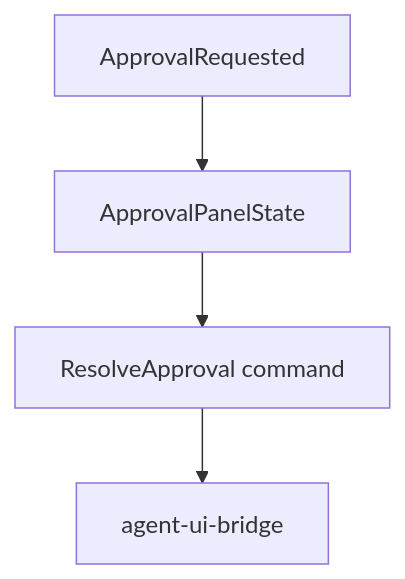
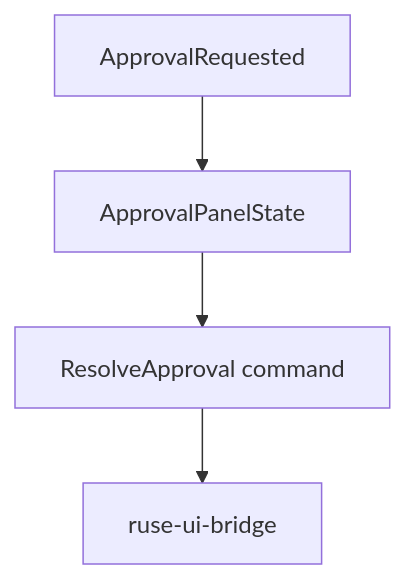
Before and after one commit to poneding/agent: the diagram in docs/specs/M20-05-approval-diff-panels.spec.md, drawn with Mermaid. The commit also changed other lines of this file and 2091 other files, not shown here.

First line of the commit message:
refactor: rename agent branding to ruse

````diff
--- a/docs/specs/M20-05-approval-diff-panels.spec.md
+++ b/docs/specs/M20-05-approval-diff-panels.spec.md
@@ -30,6 +30,6 @@
 ```mermaid
 flowchart TD
   ApprovalFrame["ApprovalRequested"] --> Panel["ApprovalPanelState"]
   Panel --> Command["ResolveApproval command"]
-  Command --> Bridge["agent-ui-bridge"]
+  Command --> Bridge["ruse-ui-bridge"]
 ```
````
